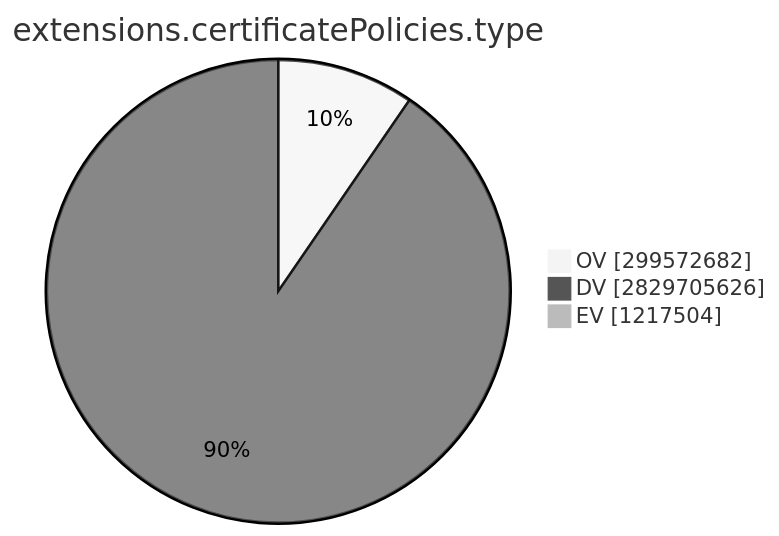
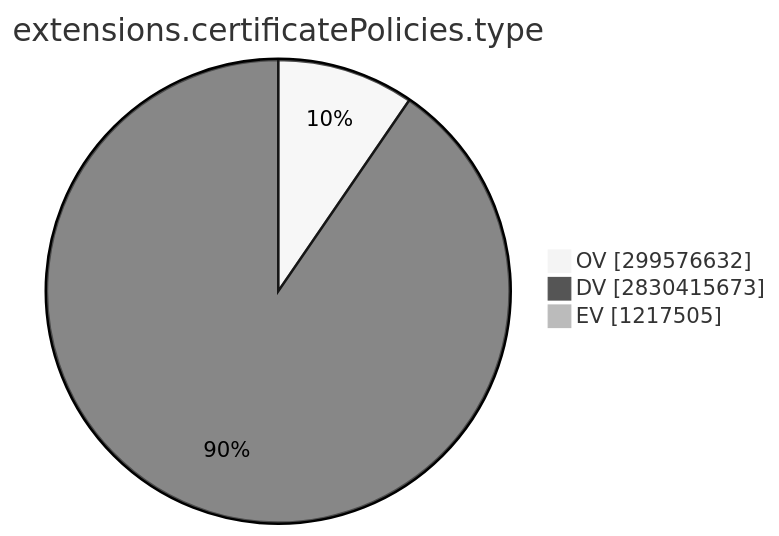
Before and after one commit to christiankrug/ctmonitor_visualization: the ninth of 15 diagrams in TOTAL/README.md, drawn with Mermaid (neutral theme). The commit also changed other lines of this file, not shown here.

````diff
--- a/TOTAL/README.md
+++ b/TOTAL/README.md
@@ -3101,7 +3101,7 @@
 ```mermaid
 pie showData
 title extensions.certificatePolicies.type
-"OV" :299572682
-"DV" :2829705626
-"EV" :1217504
+"OV" :299576632
+"DV" :2830415673
+"EV" :1217505
 ```
````
